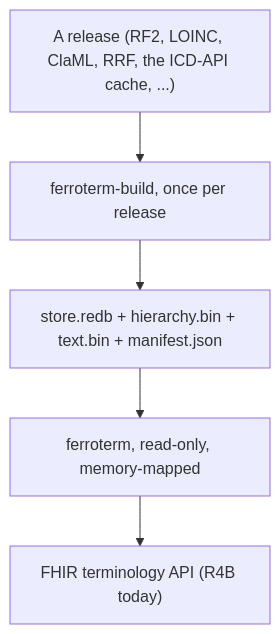
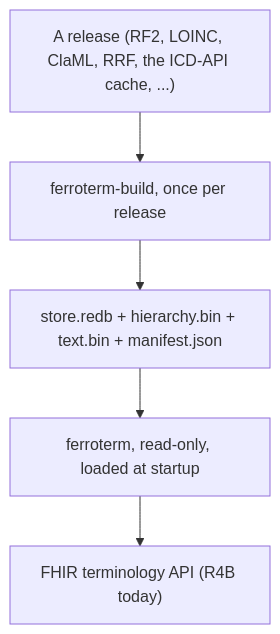
The diagram in website/book/src/evaluate/architecture.md (rubentalstra/FerroTERM), drawn with Mermaid before and after one commit. The commit also changed other lines of this file and 34 other files, not shown here.

First line of the commit message:
fix(docs): the store is read at startup, not memory-mapped, and only musl is static (#357)

````diff
--- a/website/book/src/evaluate/architecture.md
+++ b/website/book/src/evaluate/architecture.md
@@ -15,7 +15,7 @@
 ```mermaid
 graph TD
     R["A release (RF2, LOINC, ClaML, RRF, the ICD-API cache, ...)"] --> BUILD["ferroterm-build, once per release"]
     BUILD --> IDX["store.redb + hierarchy.bin + text.bin + manifest.json"]
-    IDX --> SRV["ferroterm, read-only, memory-mapped"]
+    IDX --> SRV["ferroterm, read-only, loaded at startup"]
     SRV --> API["FHIR terminology API (R4B today)"]
 ```
````
